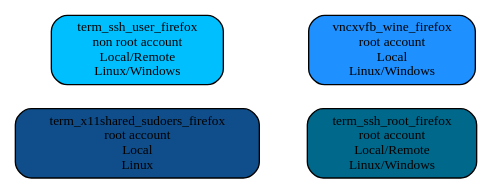
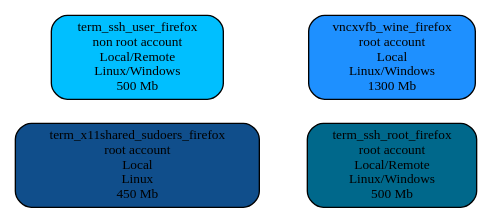
One commit to marchandd/docker_index changed the diagram in graph1.dot. Above: the diagram before and after it, drawn with Graphviz. The commit also changed 10 other files, not shown here.

```diff
--- a/graph1.dot
+++ b/graph1.dot
@@ -1,11 +1,11 @@
 digraph docker
 {
  rankdir=LR;
- "term_x11shared_sudoers_firefox" [label="term_x11shared_sudoers_firefox\nroot account\nLocal\nLinux",shape=box,fillcolor="dodgerblue4",style="filled,rounded", fontsize="10.0"];
- "vncxvfb_wine_firefox" [label="vncxvfb_wine_firefox\nroot account\nLocal\nLinux/Windows",shape=box,fillcolor="dodgerblue",style="filled,rounded", fontsize="10.0"];
- "term_ssh_root_firefox" [label="term_ssh_root_firefox\nroot account\nLocal/Remote\nLinux/Windows",shape=box,fillcolor="deepskyblue4",style="filled,rounded", fontsize="10.0"];
- "term_ssh_user_firefox" [label="term_ssh_user_firefox\nnon root account\nLocal/Remote\nLinux/Windows",shape=box,fillcolor="deepskyblue",style="filled,rounded", fontsize="10.0"];
+ "term_x11shared_sudoers_firefox" [label="term_x11shared_sudoers_firefox\nroot account\nLocal\nLinux\n450 Mb",shape=box,fillcolor="dodgerblue4",style="filled,rounded", fontsize="10.0"];
+ "vncxvfb_wine_firefox" [label="vncxvfb_wine_firefox\nroot account\nLocal\nLinux/Windows\n1300 Mb",shape=box,fillcolor="dodgerblue",style="filled,rounded", fontsize="10.0"];
+ "term_ssh_root_firefox" [label="term_ssh_root_firefox\nroot account\nLocal/Remote\nLinux/Windows\n500 Mb",shape=box,fillcolor="deepskyblue4",style="filled,rounded", fontsize="10.0"];
+ "term_ssh_user_firefox" [label="term_ssh_user_firefox\nnon root account\nLocal/Remote\nLinux/Windows\n500 Mb",shape=box,fillcolor="deepskyblue",style="filled,rounded", fontsize="10.0"];
  "term_x11shared_sudoers_firefox" -> "term_ssh_root_firefox" [style="invis"];
  "term_x11shared_sudoers_firefox" -> "vncxvfb_wine_firefox" [style="invis"];
  "term_ssh_root_firefox" -> "term_x11shared_sudoers_firefox" [style="invis"];
 }
```
